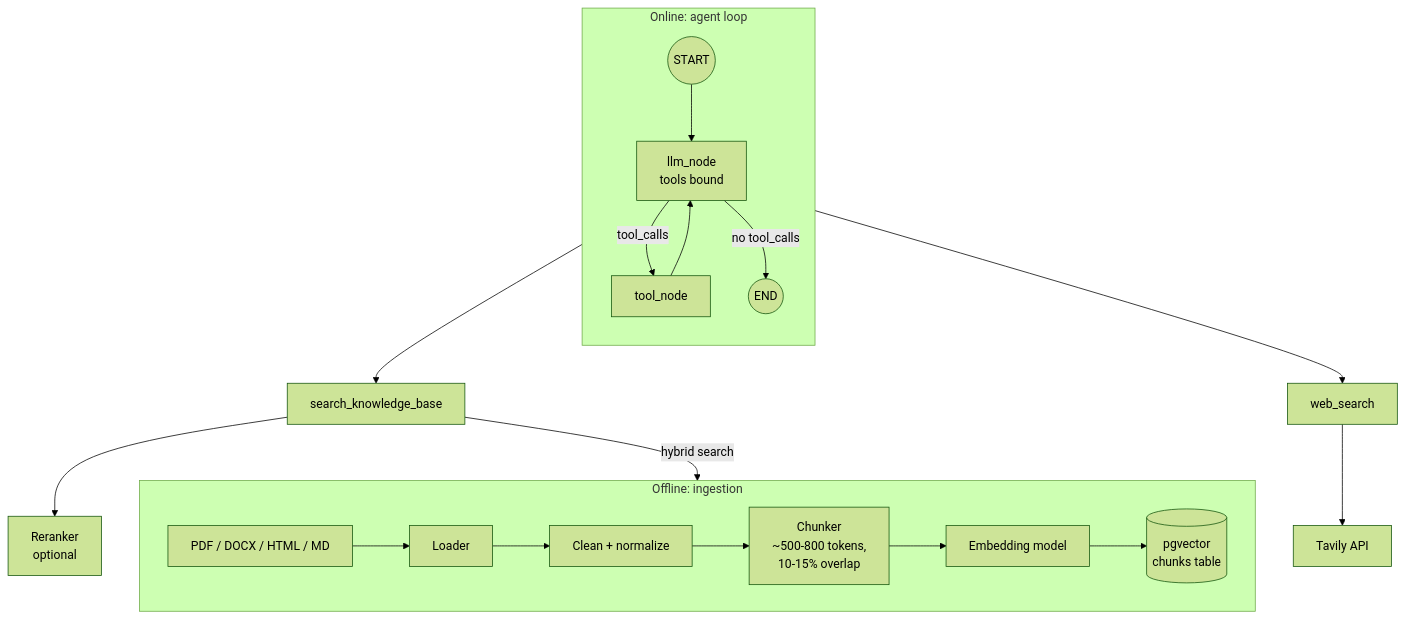
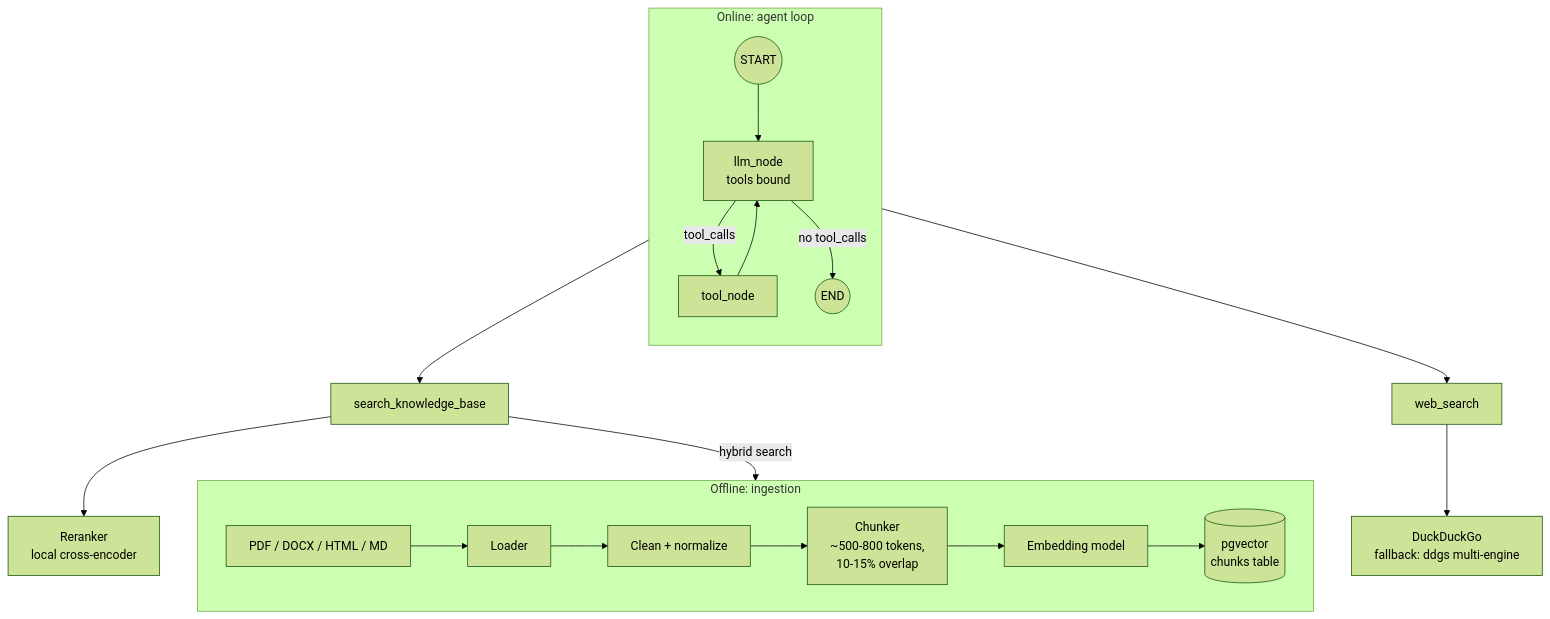
One commit to Anirudh1905/agentic-ai-chatbot changed the first of 2 diagrams in docs/phase-2-tools-rag-web-search.md. Above: the diagram before and after it, drawn with Mermaid (forest theme). The commit also changed other lines of this file and 49 other files, not shown here.

````diff
--- a/docs/phase-2-tools-rag-web-search.md
+++ b/docs/phase-2-tools-rag-web-search.md
@@ -20,25 +20,25 @@
 ```mermaid
 flowchart TB
     subgraph Offline["Offline: ingestion"]
         direction LR
         Src[PDF / DOCX / HTML / MD] --> Load[Loader]
         Load --> Clean[Clean + normalize]
         Clean --> Chunk[Chunker<br/>~500-800 tokens,<br/>10-15% overlap]
         Chunk --> Embed[Embedding model]
         Embed --> Idx[(pgvector<br/>chunks table)]
     end
 
     subgraph Online["Online: agent loop"]
         direction TB
         START((START)) --> LLM[llm_node<br/>tools bound]
         LLM -->|tool_calls| TN[tool_node]
         TN --> LLM
         LLM -->|no tool_calls| END((END))
     end
 
     TN --> KB[search_knowledge_base]
     TN --> WS[web_search]
     KB -->|hybrid search| Idx
-    KB --> RR[Reranker<br/>optional]
-    WS --> Tavily[Tavily API]
+    KB --> RR[Reranker<br/>local cross-encoder]
+    WS --> DDG[DuckDuckGo<br/>fallback: ddgs multi-engine]
 ```
````
